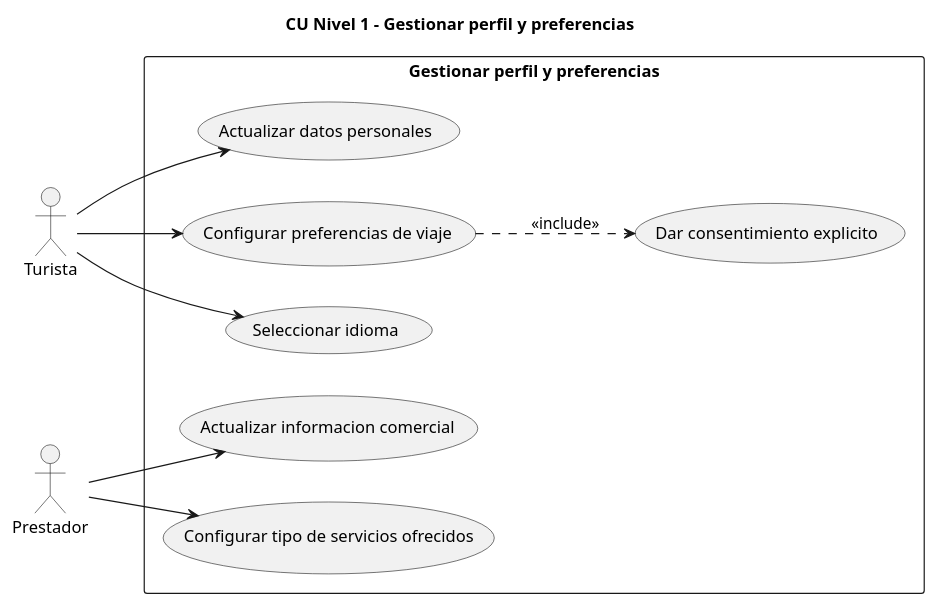
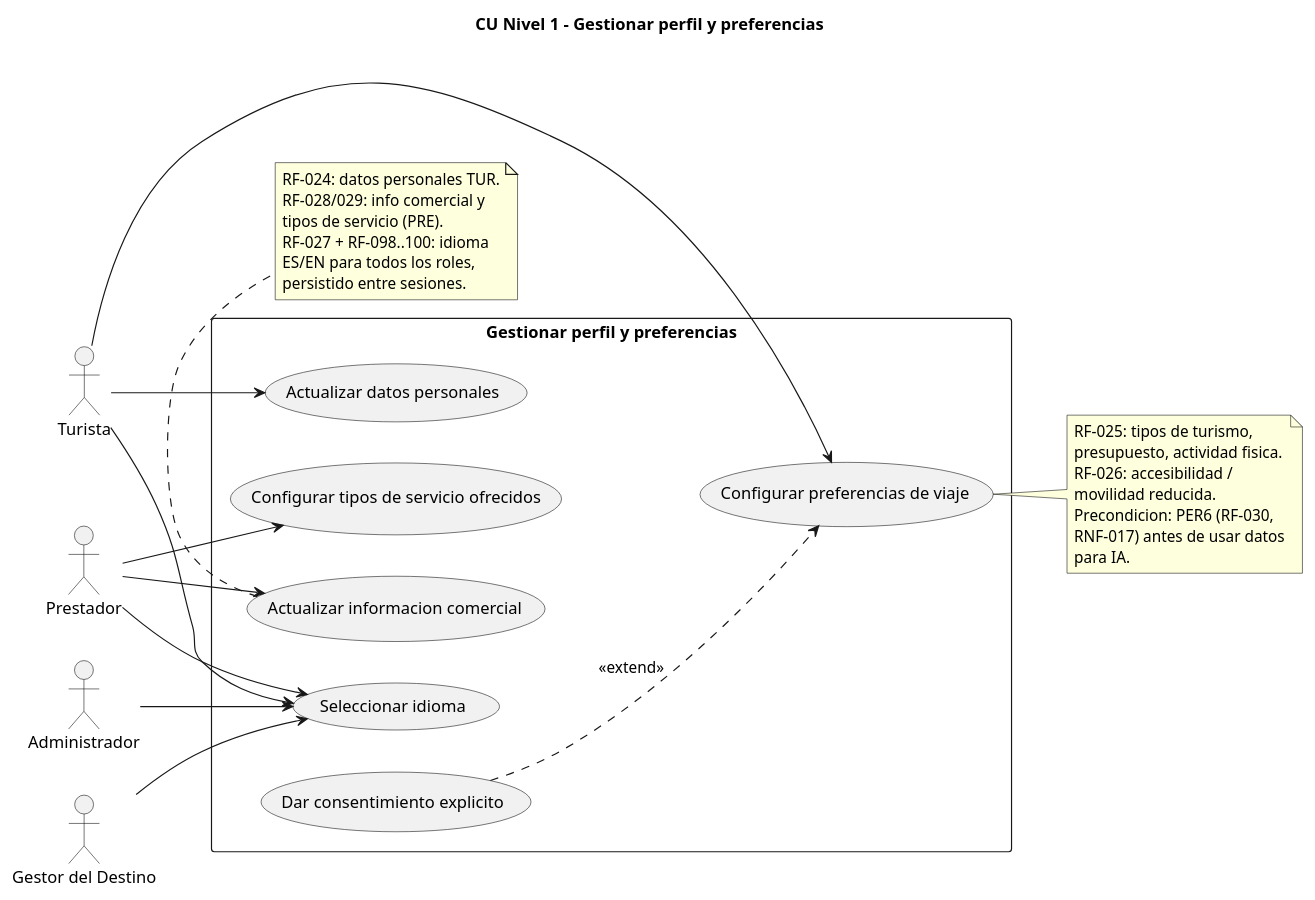
One commit to sebastianCavadia/turismo-santa-marta changed the diagram in docs/02_requisitos/puml/cu-n1-perfil.puml. Above: the diagram before and after it, drawn with PlantUML. The commit also changed 33 other files, not shown here.

```diff
--- a/docs/02_requisitos/puml/cu-n1-perfil.puml
+++ b/docs/02_requisitos/puml/cu-n1-perfil.puml
@@ -1,25 +1,52 @@
 @startuml CU-N1-Perfil
-' Nivel 1 - Expande: Gestionar perfil y preferencias
+' Nivel 1 - Expande: Gestionar perfil y preferencias (CU_P)
+' Trazabilidad: RF-024..030, RF-098..100, RNF-017.
+' Correccion: consentimiento es extend condicional, no include.
 title CU Nivel 1 - Gestionar perfil y preferencias
 left to right direction
 
 actor "Turista" as TUR
 actor "Prestador" as PRE
+actor "Administrador" as ADM
+actor "Gestor del Destino" as GES
 
 rectangle "Gestionar perfil y preferencias" {
-  usecase "Actualizar datos personales" as P1
-  usecase "Configurar preferencias de viaje" as P2
-  usecase "Seleccionar idioma" as P3
-  usecase "Actualizar informacion comercial" as P4
-  usecase "Configurar tipo de servicios ofrecidos" as P5
-  usecase "Dar consentimiento explicito" as P6
+  usecase "Actualizar datos personales" as PER1
+  usecase "Configurar preferencias de viaje" as PER2
+  usecase "Seleccionar idioma" as PER3
+  usecase "Actualizar informacion comercial" as PER4
+  usecase "Configurar tipos de servicio ofrecidos" as PER5
+  usecase "Dar consentimiento explicito" as PER6
 }
 
-TUR --> P1
-TUR --> P2
-TUR --> P3
-PRE --> P4
-PRE --> P5
+TUR --> PER1
+TUR --> PER2
+TUR --> PER3
+PRE --> PER3
+PRE --> PER4
+PRE --> PER5
+ADM --> PER3
+GES --> PER3
 
-P2 ..> P6 : <<include>>
+' Solo primera vez / cuando se usaran datos para IA (RF-030, RNF-017)
+PER6 ..> PER2 : <<extend>>
+
+note right of PER2
+  RF-025: tipos de turismo,
+  presupuesto, actividad fisica.
+  RF-026: accesibilidad /
+  movilidad reducida.
+  Precondicion: PER6 (RF-030,
+  RNF-017) antes de usar datos
+  para IA.
+end note
+
+note bottom of PER4
+  RF-024: datos personales TUR.
+  RF-028/029: info comercial y
+  tipos de servicio (PRE).
+  RF-027 + RF-098..100: idioma
+  ES/EN para todos los roles,
+  persistido entre sesiones.
+end note
 @enduml
```
